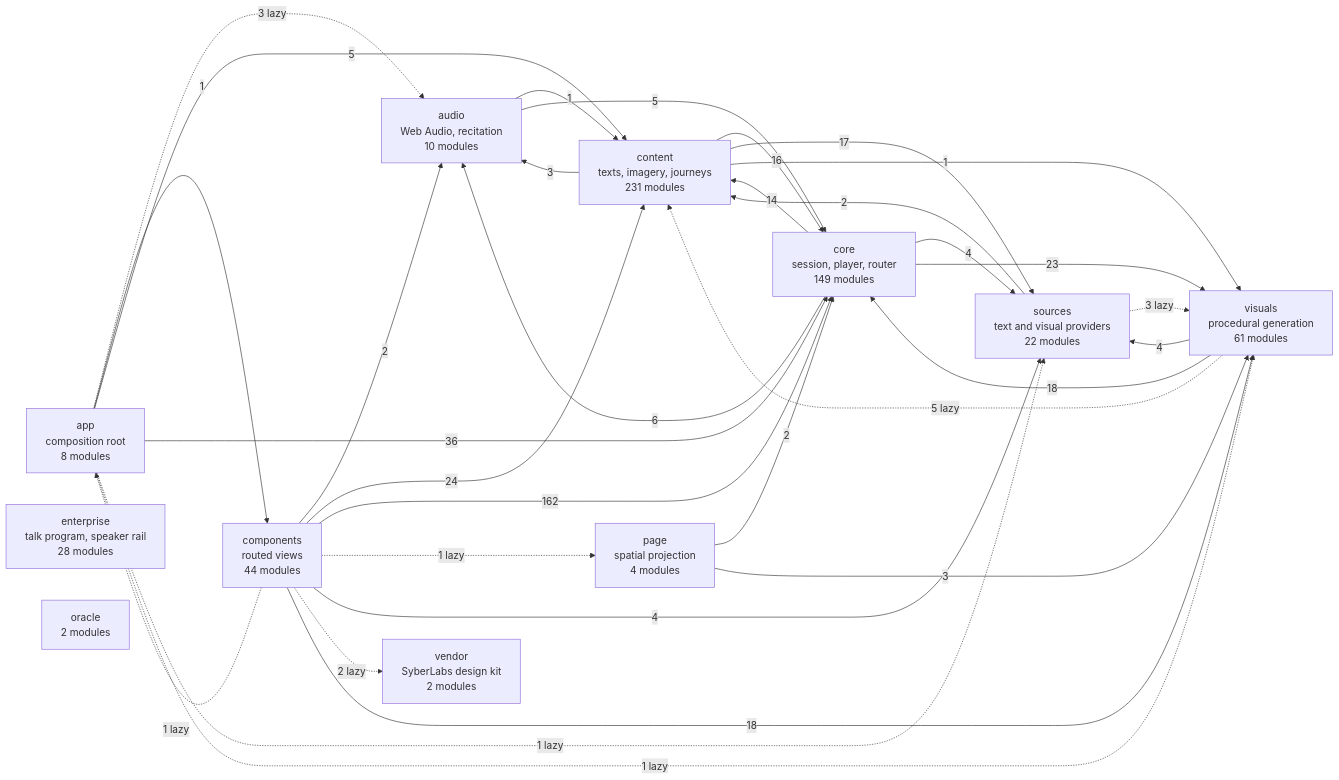
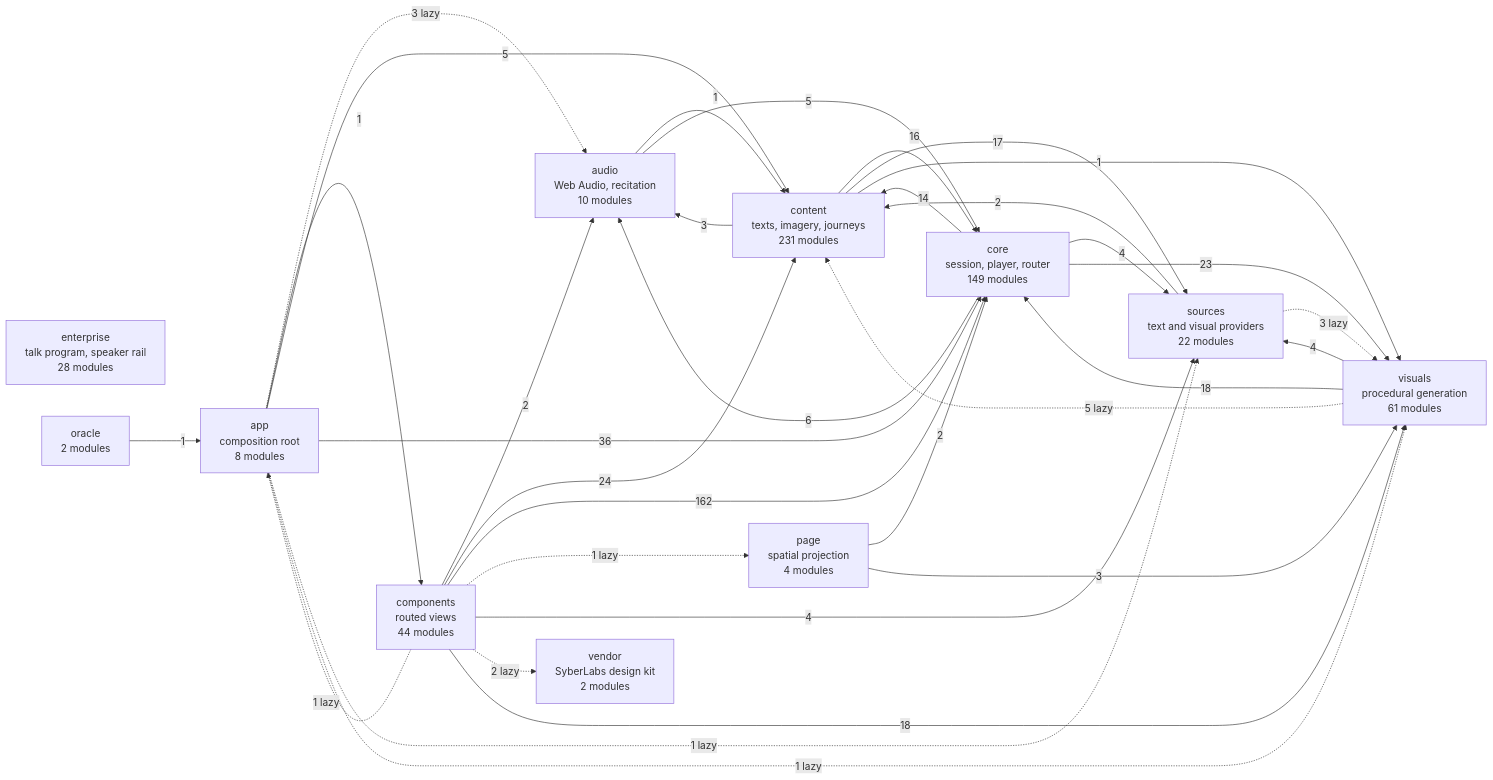
One commit to SyberLabs/RISE changed the diagram in docs/specs/ARCHITECTURE.md. Above: the diagram before and after it, drawn with Mermaid. The commit also changed 13 other files, not shown here.

````diff
--- a/docs/specs/ARCHITECTURE.md
+++ b/docs/specs/ARCHITECTURE.md
@@ -160,46 +160,47 @@
 ```mermaid
 flowchart LR
     app["app<br/>composition root<br/>8 modules"]
     audio["audio<br/>Web Audio, recitation<br/>10 modules"]
     components["components<br/>routed views<br/>44 modules"]
     content["content<br/>texts, imagery, journeys<br/>231 modules"]
     core["core<br/>session, player, router<br/>149 modules"]
     enterprise["enterprise<br/>talk program, speaker rail<br/>28 modules"]
     oracle["oracle<br/>2 modules"]
     page["page<br/>spatial projection<br/>4 modules"]
     sources["sources<br/>text and visual providers<br/>22 modules"]
     vendor["vendor<br/>SyberLabs design kit<br/>2 modules"]
     visuals["visuals<br/>procedural generation<br/>61 modules"]
 
     app -.-> |3 lazy| audio
     app --> |1| components
     app --> |5| content
     app --> |36| core
     app -.-> |1 lazy| sources
     app -.-> |1 lazy| visuals
     audio --> |1| content
     audio --> |5| core
     components -.-> |1 lazy| app
     components --> |2| audio
     components --> |24| content
     components --> |162| core
     components -.-> |1 lazy| page
     components --> |4| sources
     components -.-> |2 lazy| vendor
     components --> |18| visuals
     content --> |3| audio
     content --> |16| core
     content --> |17| sources
     content --> |1| visuals
     core --> |6| audio
     core --> |14| content
     core --> |4| sources
     core --> |23| visuals
+    oracle --> |1| app
     page --> |2| core
     page --> |3| visuals
     sources --> |2| content
     sources -.-> |3 lazy| visuals
     visuals -.-> |5 lazy| content
     visuals --> |18| core
     visuals --> |4| sources
 ```
````
